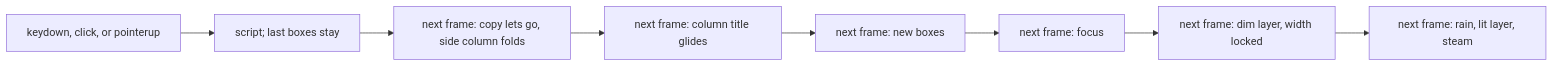
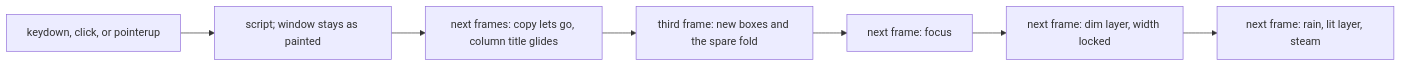
Before and after one commit to nessalabs/nessa-agent: the second of 2 diagrams in docs/design/pane-frame-budget.md, drawn with Mermaid. The commit also changed other lines of this file and 13 other files, not shown here.

First line of the commit message:
Paint a pane fold with the new boxes.

````diff
--- a/docs/design/pane-frame-budget.md
+++ b/docs/design/pane-frame-budget.md
@@ -133,10 +135,9 @@
 ```mermaid
 flowchart LR
-  input["keydown, click, or pointerup"] --> script["script; last boxes stay"]
-  script --> fold["next frame: copy lets go, side column folds"]
-  fold --> glide["next frame: column title glides"]
-  glide --> boxes["next frame: new boxes"]
+  input["keydown, click, or pointerup"] --> script["script; window stays as painted"]
+  script --> glide["next frames: copy lets go, column title glides"]
+  glide --> boxes["third frame: new boxes and the spare fold"]
   boxes --> focus["next frame: focus"]
   focus --> dim["next frame: dim layer, width locked"]
   dim --> rest["next frame: rain, lit layer, steam"]
 ```
````
